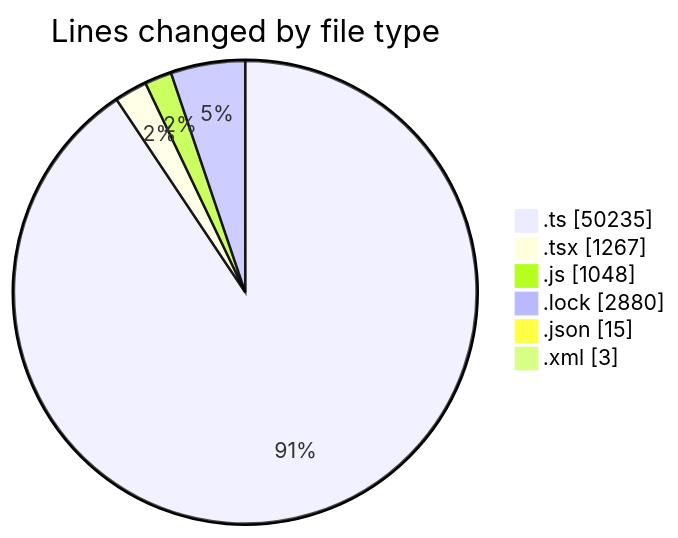
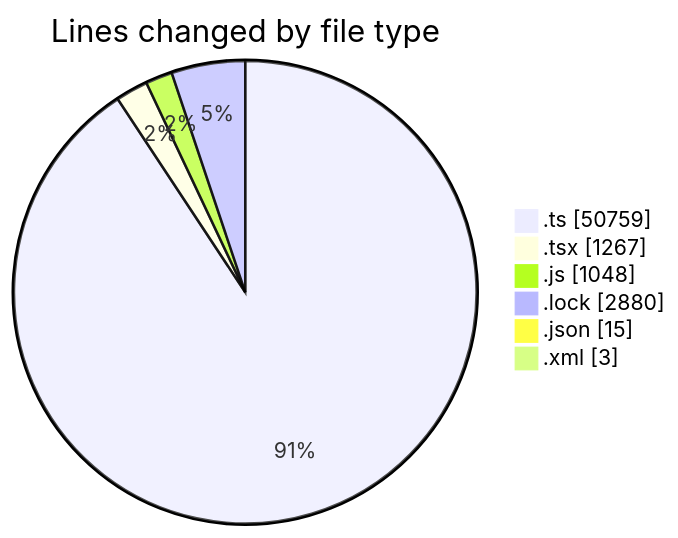
The first of 2 diagrams in 2026-09-11/cda/README.md (momahboobian/code-tracking), drawn with Mermaid before and after one commit. The commit also changed other lines of this file and 1 other file, not shown here.

````diff
--- a/2026-09-11/cda/README.md
+++ b/2026-09-11/cda/README.md
@@ -50,10 +50,10 @@
 ```mermaid
 pie showData
 title Lines changed by file type
-".ts" : 50235
+".ts" : 50759
 ".tsx" : 1267
 ".js" : 1048
 ".lock" : 2880
 ".json" : 15
 ".xml" : 3
 ```
````
